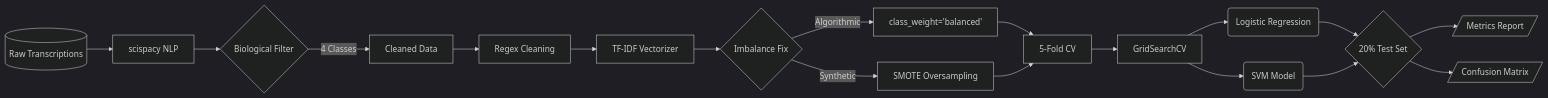
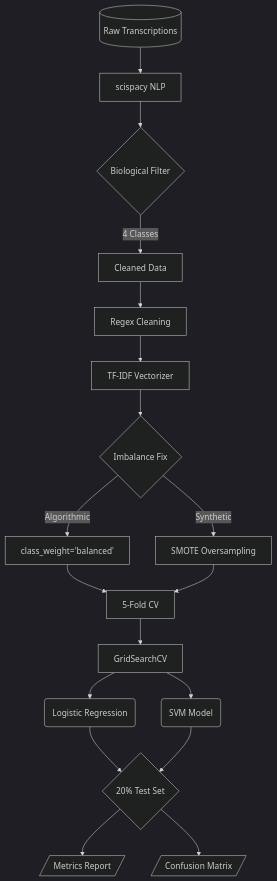
The diagram in README.md (AhmedShehab1/automated_medical_specialty_classification_from_clinical_notes), drawn with Mermaid before and after one commit.

Commit message:
fix: update flowchart direction in README for accurate visualization

````diff
--- a/README.md
+++ b/README.md
@@ -1,30 +1,30 @@
 ```mermaid
 %%{init: {'theme': 'dark'}}%%
-flowchart LR
+flowchart TD
     %% Stage 1: Preprocessing
     A[(Raw Transcriptions)] --> B[scispacy NLP]
     B --> C{Biological Filter}
     C -->|4 Classes| D[Cleaned Data]
 
     %% Stage 2: Vectorization
     D --> E[Regex Cleaning]
     E --> F[TF-IDF Vectorizer]
 
     %% Stage 3: Balancing
     F --> G{Imbalance Fix}
     G -->|Algorithmic| H[class_weight='balanced']
     G -->|Synthetic| I[SMOTE Oversampling]
 
     %% Stage 4: Training
     H --> J[5-Fold CV]
     I --> J
     J --> K[GridSearchCV]
     K --> L(Logistic Regression)
     K --> M(SVM Model)
 
     %% Stage 5: Output
     L --> N{20% Test Set}
     M --> N
     N --> O[/Metrics Report/]
     N --> P[/Confusion Matrix/]
 ```
````
